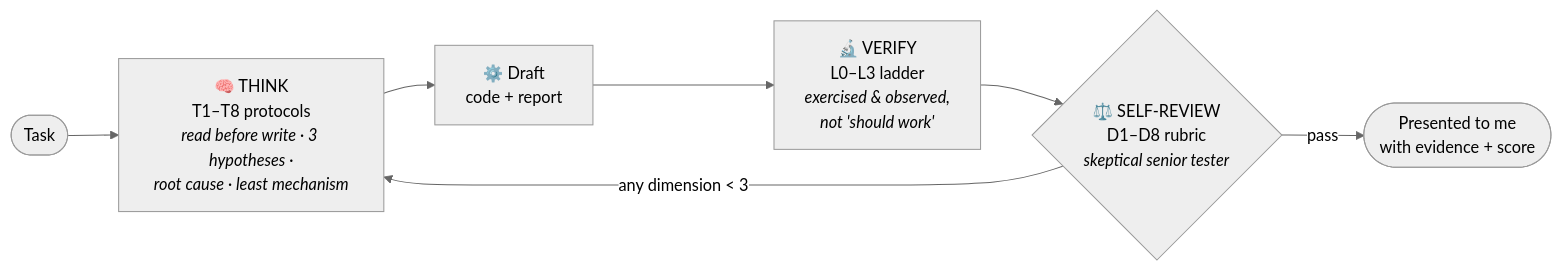
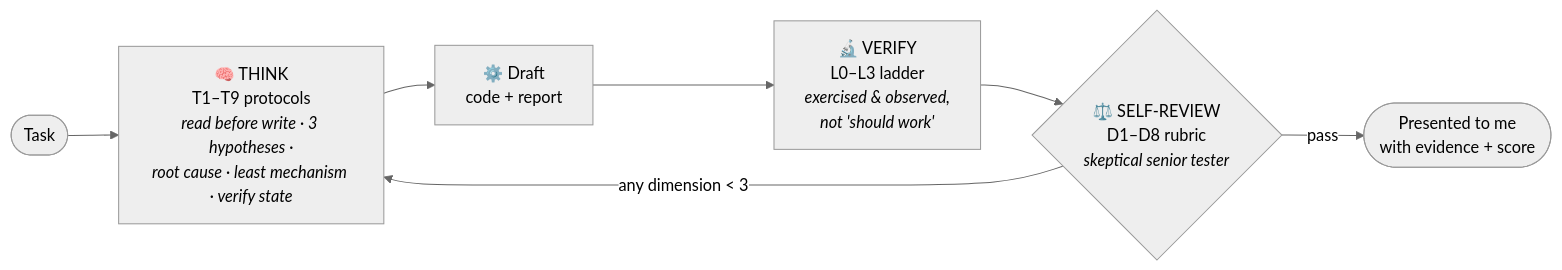
The diagram in README.md (selimfedakar/my_claude_efficiency), drawn with Mermaid (neutral theme) before and after one commit. The commit also changed other lines of this file and 1 other file, not shown here.

Commit message:
Add T9: Verify state before acting (anti-assumed-world rule)
Check the actual state (access, existence, deploy, 'already done') with a cheap
read BEFORE acting, asking, or coordinating. Prefer authoritative tool output
over belief. Origin: multi-round 'get team access' drafting while already ADMIN
on every repo — one gh query settled it. Updates the T1-T8 references to T1-T9
and the CLAUDE.md loading hook.

````diff
--- a/README.md
+++ b/README.md
@@ -11,9 +11,9 @@
 ```mermaid
 flowchart LR
-    A([Task]) --> B["🧠 THINK<br/>T1–T8 protocols<br/><i>read before write · 3 hypotheses ·<br/>root cause · least mechanism</i>"]
+    A([Task]) --> B["🧠 THINK<br/>T1–T9 protocols<br/><i>read before write · 3 hypotheses ·<br/>root cause · least mechanism · verify state</i>"]
     B --> C["⚙️ Draft<br/>code + report"]
     C --> D["🔬 VERIFY<br/>L0–L3 ladder<br/><i>exercised & observed,<br/>not 'should work'</i>"]
     D --> E{"⚖️ SELF-REVIEW<br/>D1–D8 rubric<br/><i>skeptical senior tester</i>"}
     E -- "any dimension < 3" --> B
     E -- "pass" --> F([Presented to me<br/>with evidence + score])
 ```
````
